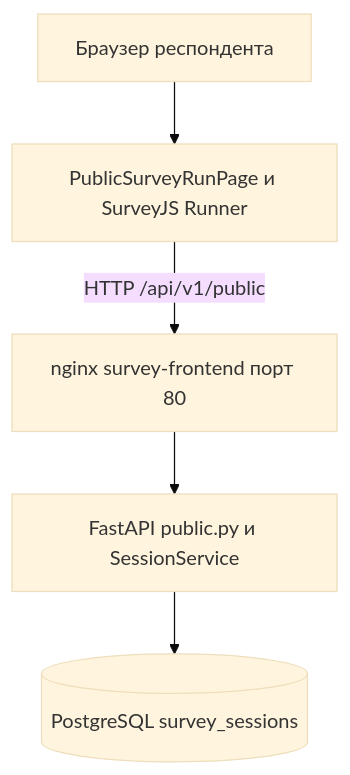
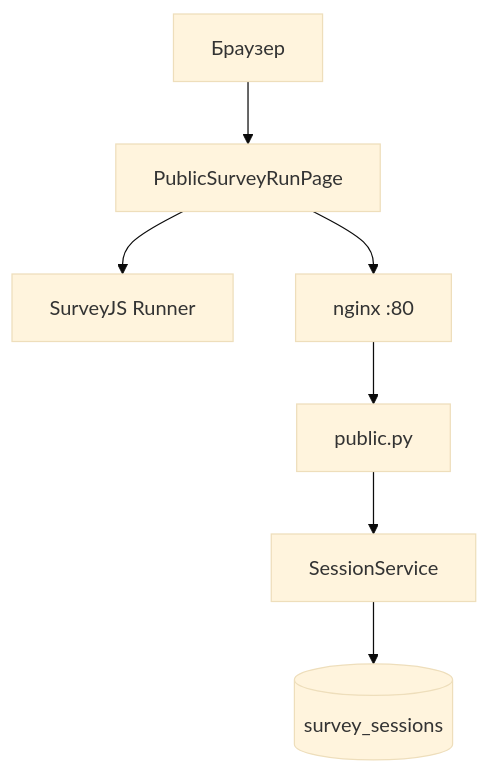
Before and after one commit to sanya2905/survey-constructor-service: the third of 3 diagrams in docs/vkr-podsystema-provedeniya-anketirovaniya.md, drawn with Mermaid (base theme). The commit also changed other lines of this file and 1 other file, not shown here.

Commit message:
docs: узкие одноколоночные схемы Mermaid под лист А4

````diff
--- a/docs/vkr-podsystema-provedeniya-anketirovaniya.md
+++ b/docs/vkr-podsystema-provedeniya-anketirovaniya.md
@@ -136,13 +114,13 @@
 ```mermaid
 flowchart TD
-    B[Браузер респондента]
-    P[PublicSurveyRunPage и SurveyJS Runner]
-    N[nginx survey-frontend порт 80]
-    A[FastAPI public.py и SessionService]
-    D[(PostgreSQL survey_sessions)]
+    B[Браузер]
+    P[PublicSurveyRunPage]
+    R[SurveyJS Runner]
+    N[nginx :80]
+    API[public.py]
+    SS[SessionService]
+    DB[(survey_sessions)]
 
-    B --> P
-    P -->|HTTP /api/v1/public| N
-    N --> A
-    A --> D
+    B --> P --> R
+    P --> N --> API --> SS --> DB
 ```
````
